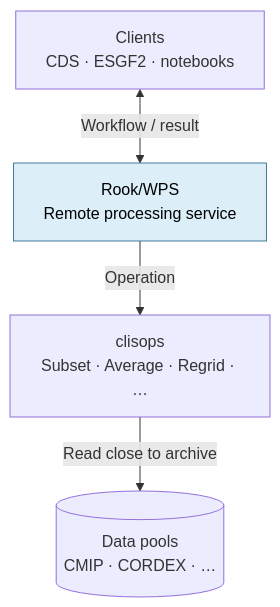
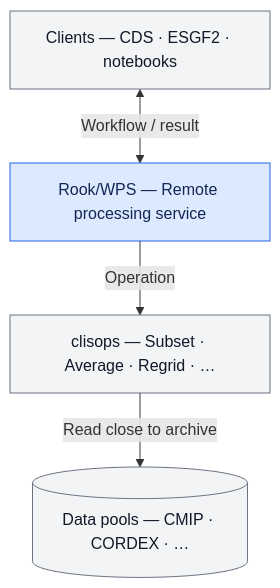
Before and after one commit to roocs/rook: the first of 11 diagrams in Rook_WPS_ESGF2_talk_draft.md, drawn with Mermaid. The commit also changed other lines of this file and 8 other files, not shown here.

````diff
--- a/Rook_WPS_ESGF2_talk_draft.md
+++ b/Rook_WPS_ESGF2_talk_draft.md
@@ -32,12 +32,15 @@
 ```mermaid
 flowchart TD
-    Clients["Clients<br/>CDS · ESGF2 · notebooks"]
-    Rook["Rook/WPS<br/>Remote processing service"]
-    Ops["clisops<br/>Subset · Average · Regrid · …"]
-    Data[("Data pools<br/>CMIP · CORDEX · …")]
+    Clients["Clients — CDS · ESGF2 · notebooks"]
+    Rook["Rook/WPS — Remote processing service"]
+    Ops["clisops — Subset · Average · Regrid · …"]
+    Data[("Data pools — CMIP · CORDEX · …")]
 
     Clients <-->|"Workflow / result"| Rook
     Rook -->|"Operation"| Ops
     Ops -->|"Read close to archive"| Data
-    style Rook fill:#dceef8,stroke:#457b9d,color:#000
+
+    classDef default fill:#f3f4f6,stroke:#6b7280,color:#111827
+    classDef rook fill:#dbeafe,stroke:#2563eb,color:#172554
+    class Rook rook
 ```
````
